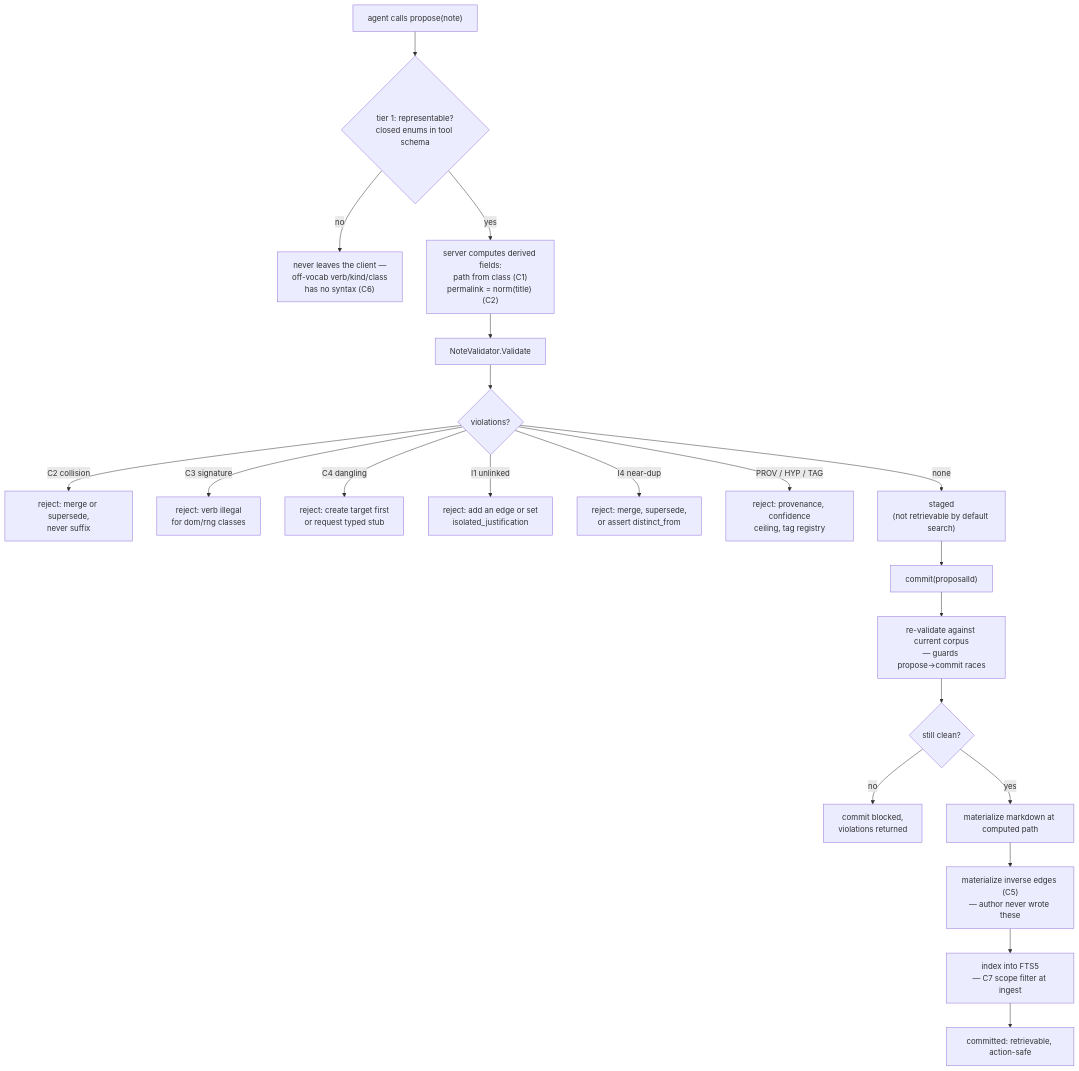
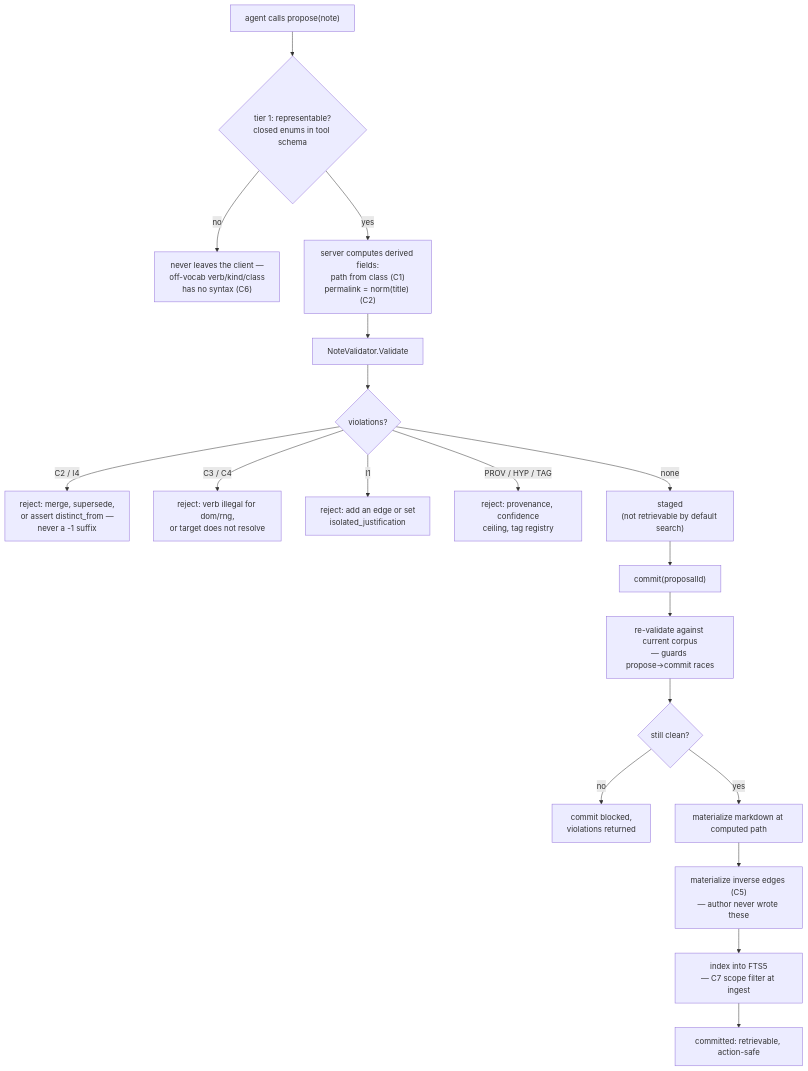
One commit to zautke/team-kb changed the diagram in docs/whitepapers/03-curation-tactics.md. Above: the diagram before and after it, drawn with Mermaid. The commit also changed other lines of this file and 2 other files, not shown here.

````diff
--- a/docs/whitepapers/03-curation-tactics.md
+++ b/docs/whitepapers/03-curation-tactics.md
@@ -444,23 +407,21 @@
 ```mermaid
 flowchart TD
     A["agent calls propose(note)"] --> B{"tier 1: representable?<br/>closed enums in tool schema"}
     B -- "no" --> B1["never leaves the client —<br/>off-vocab verb/kind/class<br/>has no syntax (C6)"]
     B -- "yes" --> C["server computes derived fields:<br/>path from class (C1)<br/>permalink = norm(title) (C2)"]
     C --> D["NoteValidator.Validate"]
     D --> E{"violations?"}
-    E -- "C2 collision" --> E1["reject: merge or supersede,<br/>never suffix"]
-    E -- "C3 signature" --> E2["reject: verb illegal<br/>for dom/rng classes"]
-    E -- "C4 dangling" --> E3["reject: create target first<br/>or request typed stub"]
-    E -- "I1 unlinked" --> E4["reject: add an edge or set<br/>isolated_justification"]
-    E -- "I4 near-dup" --> E5["reject: merge, supersede,<br/>or assert distinct_from"]
-    E -- "PROV / HYP / TAG" --> E6["reject: provenance, confidence<br/>ceiling, tag registry"]
+    E -- "C2 / I4" --> E1["reject: merge, supersede,<br/>or assert distinct_from —<br/>never a -1 suffix"]
+    E -- "C3 / C4" --> E2["reject: verb illegal for dom/rng,<br/>or target does not resolve"]
+    E -- "I1" --> E3["reject: add an edge or set<br/>isolated_justification"]
+    E -- "PROV / HYP / TAG" --> E4["reject: provenance, confidence<br/>ceiling, tag registry"]
     E -- "none" --> F["staged<br/>(not retrievable by default search)"]
     F --> G["commit(proposalId)"]
     G --> H["re-validate against current corpus<br/>— guards propose→commit races"]
     H --> I{"still clean?"}
     I -- "no" --> I1["commit blocked,<br/>violations returned"]
     I -- "yes" --> J["materialize markdown at computed path"]
     J --> K["materialize inverse edges (C5)<br/>— author never wrote these"]
     K --> L["index into FTS5<br/>— C7 scope filter at ingest"]
     L --> M["committed: retrievable, action-safe"]
 ```
````
